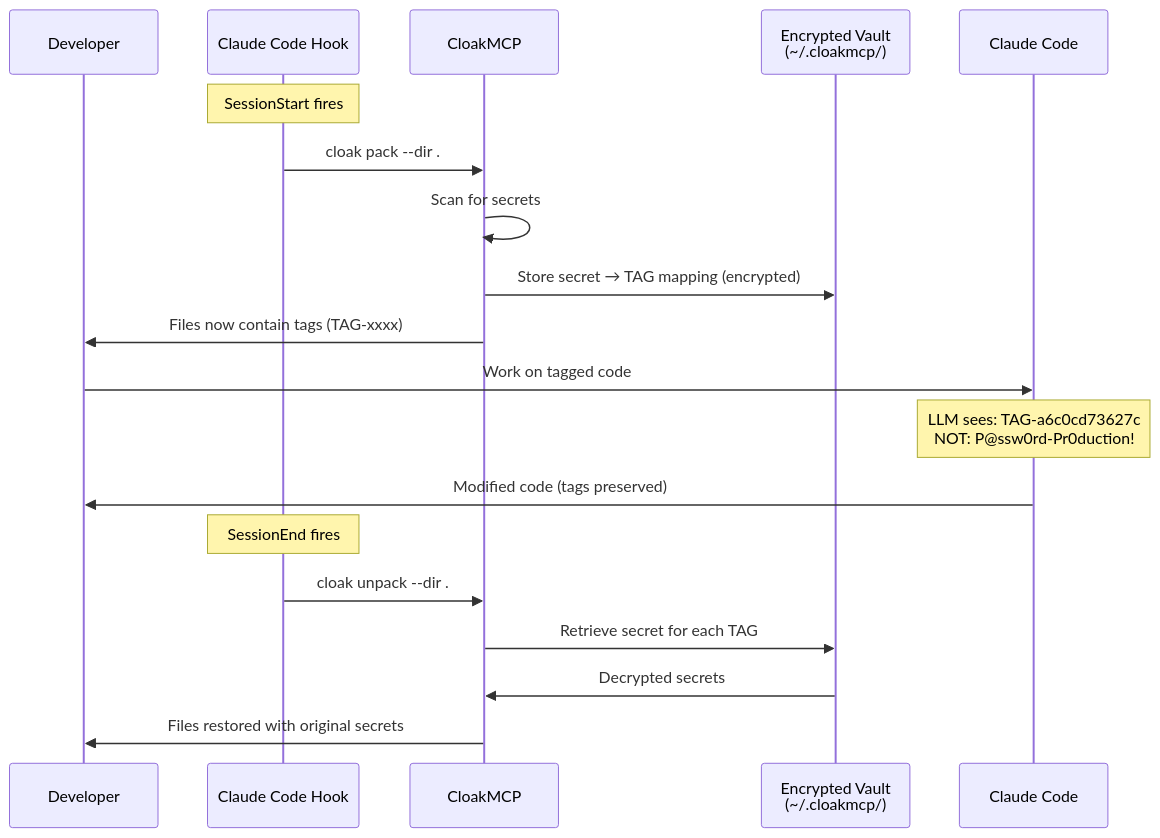
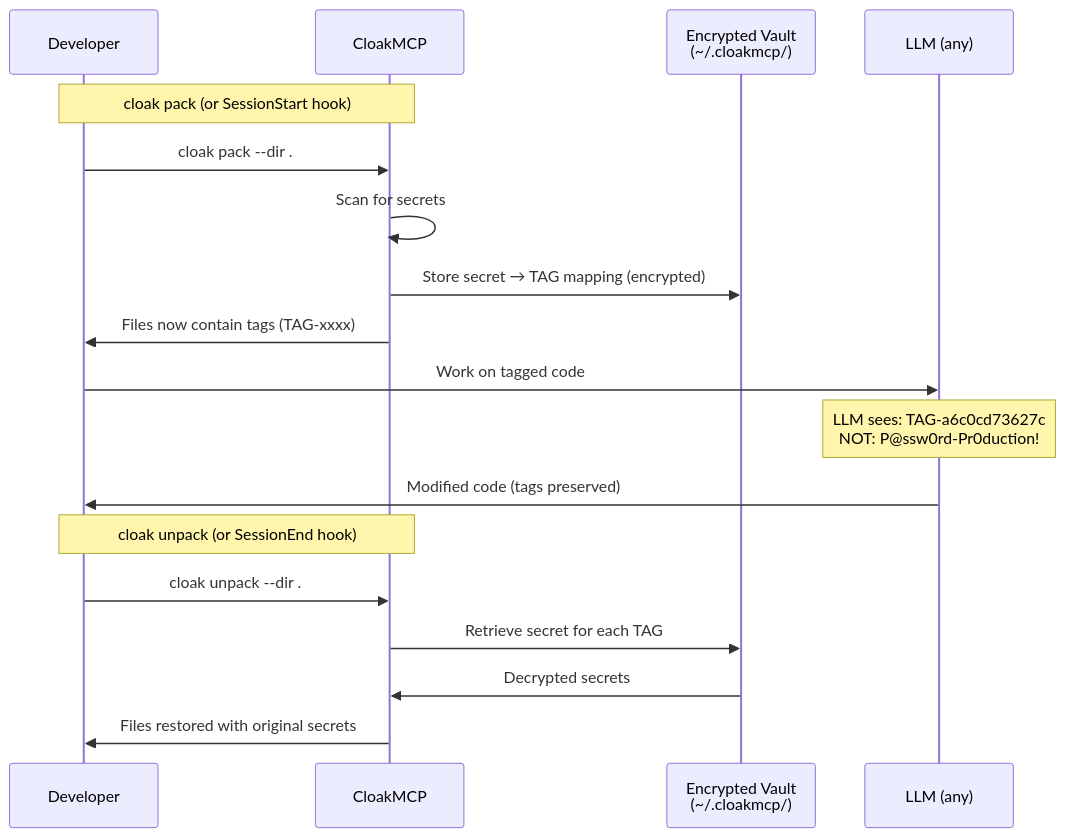
The second of 5 diagrams in README.md (ovitrac/CloakMCP), drawn with Mermaid before and after one commit. The commit also changed other lines of this file and 12 other files, not shown here.

````diff
--- a/README.md
+++ b/README.md
@@ -343,24 +350,23 @@
 ```mermaid
 sequenceDiagram
     participant Dev as Developer
-    participant Hook as Claude Code Hook
-    participant MCP as CloakMCP
+    participant Cloak as CloakMCP
     participant Vault as Encrypted Vault<br/>(~/.cloakmcp/)
-    participant LLM as Claude Code
+    participant LLM as LLM (any)
 
-    Note over Hook: SessionStart fires
-    Hook->>MCP: cloak pack --dir .
-    MCP->>MCP: Scan for secrets
-    MCP->>Vault: Store secret → TAG mapping (encrypted)
-    MCP->>Dev: Files now contain tags (TAG-xxxx)
+    Note over Dev,Cloak: cloak pack (or SessionStart hook)
+    Dev->>Cloak: cloak pack --dir .
+    Cloak->>Cloak: Scan for secrets
+    Cloak->>Vault: Store secret → TAG mapping (encrypted)
+    Cloak->>Dev: Files now contain tags (TAG-xxxx)
 
     Dev->>LLM: Work on tagged code
     Note over LLM: LLM sees: TAG-a6c0cd73627c<br/>NOT: P@ssw0rd-Pr0duction!
 
     LLM->>Dev: Modified code (tags preserved)
-    Note over Hook: SessionEnd fires
-    Hook->>MCP: cloak unpack --dir .
-    MCP->>Vault: Retrieve secret for each TAG
-    Vault->>MCP: Decrypted secrets
-    MCP->>Dev: Files restored with original secrets
+    Note over Dev,Cloak: cloak unpack (or SessionEnd hook)
+    Dev->>Cloak: cloak unpack --dir .
+    Cloak->>Vault: Retrieve secret for each TAG
+    Vault->>Cloak: Decrypted secrets
+    Cloak->>Dev: Files restored with original secrets
 ```
````
